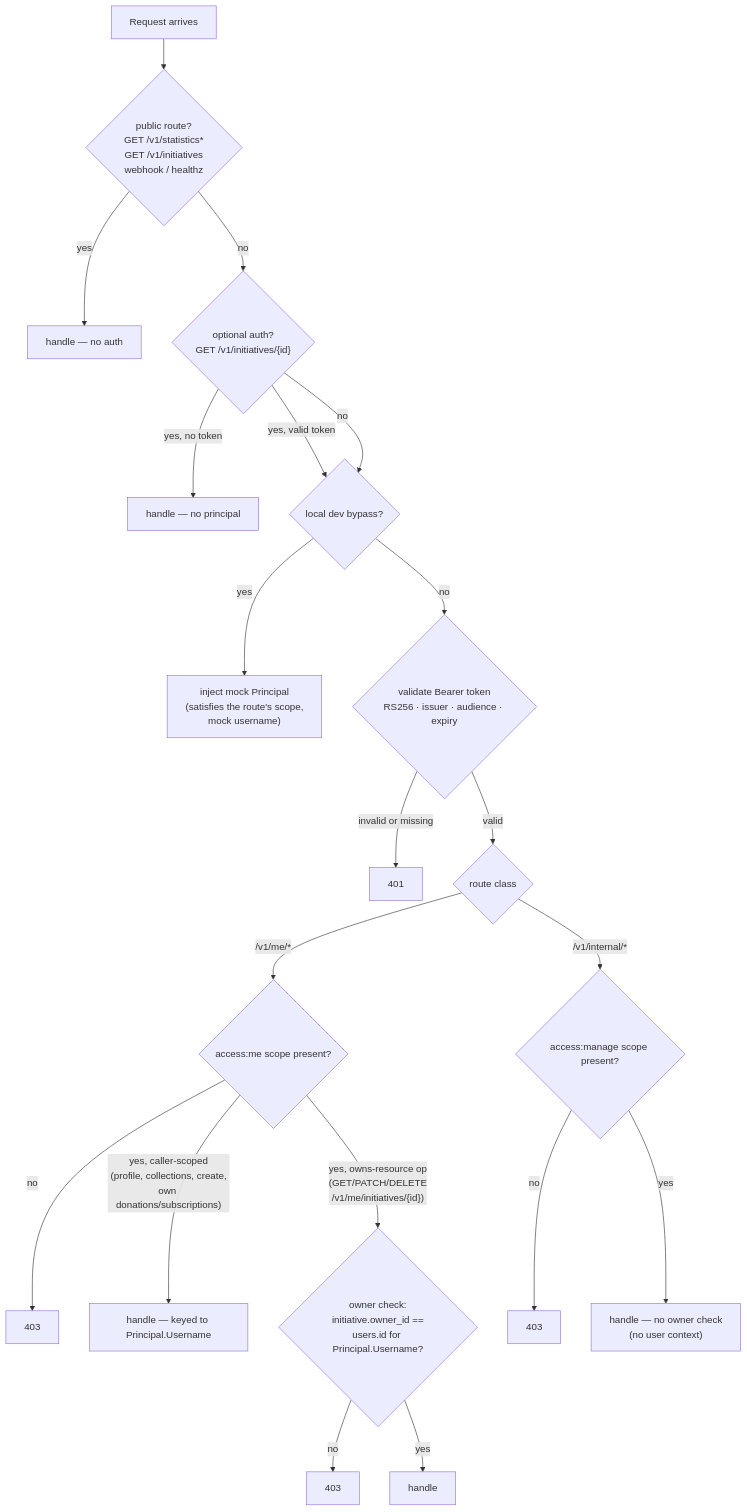
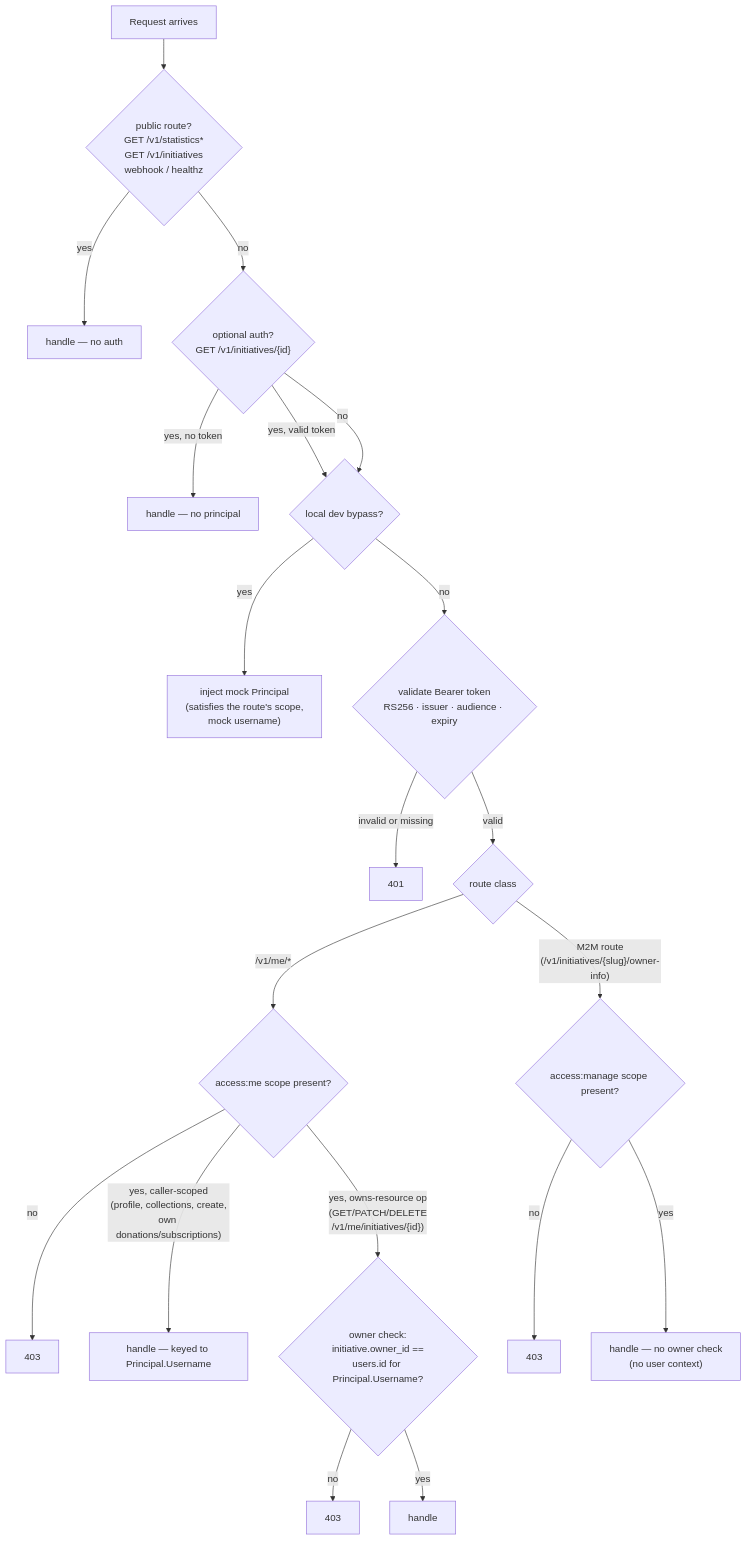
One commit to linuxfoundation/lfx-crowdfunding changed the eighth of 8 diagrams in backend/docs/rewrite/09-authentication-architecture.md. Above: the diagram before and after it, drawn with Mermaid. The commit also changed other lines of this file and 2 other files, not shown here.

First line of the commit message:
docs: fix remaining route/env-var inaccuracies flagged by Copilot review

````diff
--- a/backend/docs/rewrite/09-authentication-architecture.md
+++ b/backend/docs/rewrite/09-authentication-architecture.md
@@ -339,26 +329,26 @@
 ```mermaid
 flowchart TD
     A[Request arrives] --> B{"public route?<br/>GET /v1/statistics*<br/>GET /v1/initiatives<br/>webhook / healthz"}
     B -- yes --> PUB["handle — no auth"]
     B -- no --> C{"optional auth?<br/>GET /v1/initiatives/{id}"}
     C -- "yes, no token" --> OPT["handle — no principal"]
     C -- "yes, valid token" --> D
     C -- no --> D
 
     D{"local dev bypass?"}
     D -- yes --> E["inject mock Principal<br/>(satisfies the route's scope,<br/>mock username)"]
     D -- no --> F{"validate Bearer token<br/>RS256 · issuer · audience · expiry"}
     F -- "invalid or missing" --> G[401]
     F -- valid --> H{"route class"}
 
     H -- "/v1/me/*" --> I{"access:me scope present?"}
     I -- no --> J[403]
     I -- "yes, caller-scoped<br/>(profile, collections, create,<br/>own donations/subscriptions)" --> K["handle — keyed to Principal.Username"]
     I -- "yes, owns-resource op<br/>(GET/PATCH/DELETE<br/>/v1/me/initiatives/{id})" --> L{"owner check:<br/>initiative.owner_id ==<br/>users.id for Principal.Username?"}
     L -- no --> M[403]
     L -- yes --> N[handle]
 
-    H -- "/v1/internal/*" --> O{"access:manage scope present?"}
+    H -- "M2M route\n(/v1/initiatives/{slug}/owner-info)" --> O{"access:manage scope present?"}
     O -- no --> P[403]
     O -- yes --> Q["handle — no owner check<br/>(no user context)"]
 ```
````
